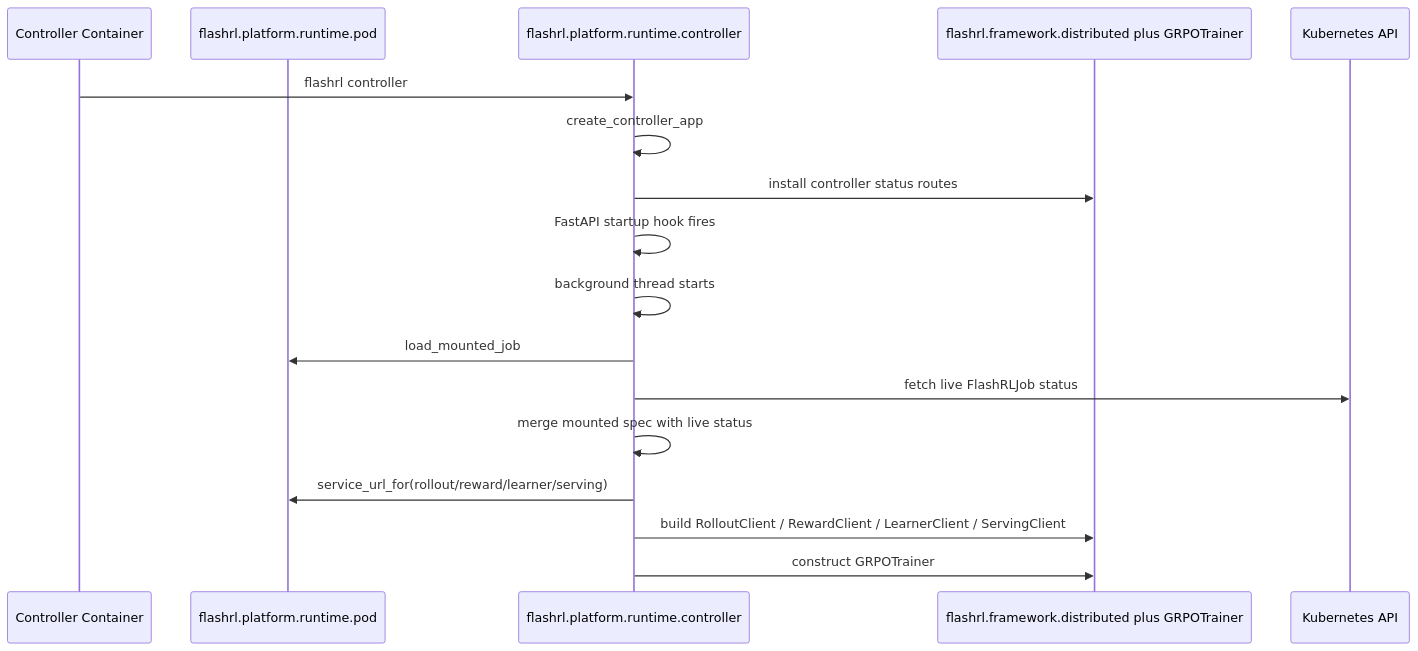
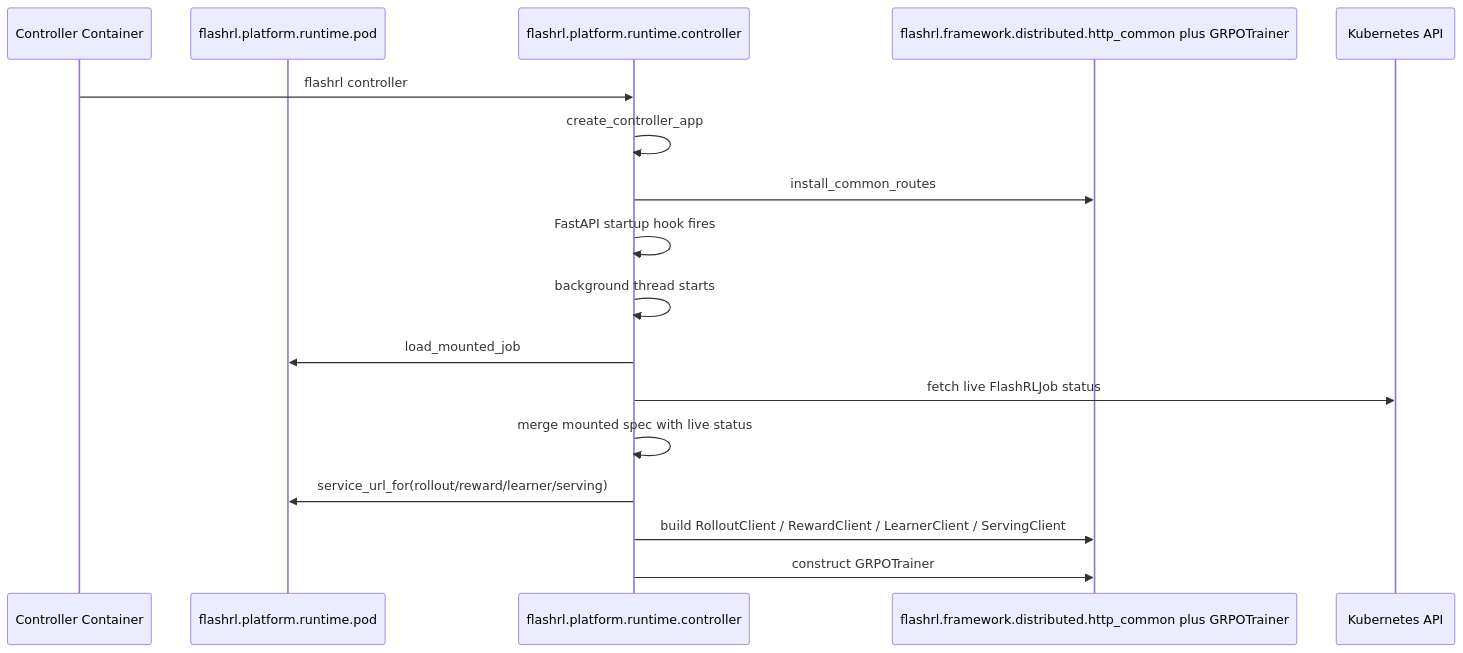
The fourth of 13 diagrams in docs/platform-architecture.md (lastweek/FlashRL), drawn with Mermaid before and after one commit. The commit also changed other lines of this file and 13 other files, not shown here.

Commit message:
Inline distributed HTTP app builders

````diff
--- a/docs/platform-architecture.md
+++ b/docs/platform-architecture.md
@@ -200,20 +209,20 @@
 ```mermaid
 sequenceDiagram
     participant Container as Controller Container
     participant PodContract as flashrl.platform.runtime.pod
     participant Platform as flashrl.platform.runtime.controller
-    participant Framework as flashrl.framework.distributed plus GRPOTrainer
+    participant Framework as flashrl.framework.distributed.http_common plus GRPOTrainer
     participant API as Kubernetes API
 
     Container->>Platform: flashrl controller
     Platform->>Platform: create_controller_app
-    Platform->>Framework: install controller status routes
+    Platform->>Framework: install_common_routes
     Platform->>Platform: FastAPI startup hook fires
     Platform->>Platform: background thread starts
     Platform->>PodContract: load_mounted_job
     Platform->>API: fetch live FlashRLJob status
     Platform->>Platform: merge mounted spec with live status
     Platform->>PodContract: service_url_for(rollout/reward/learner/serving)
     Platform->>Framework: build RolloutClient / RewardClient / LearnerClient / ServingClient
     Platform->>Framework: construct GRPOTrainer
 ```
````
